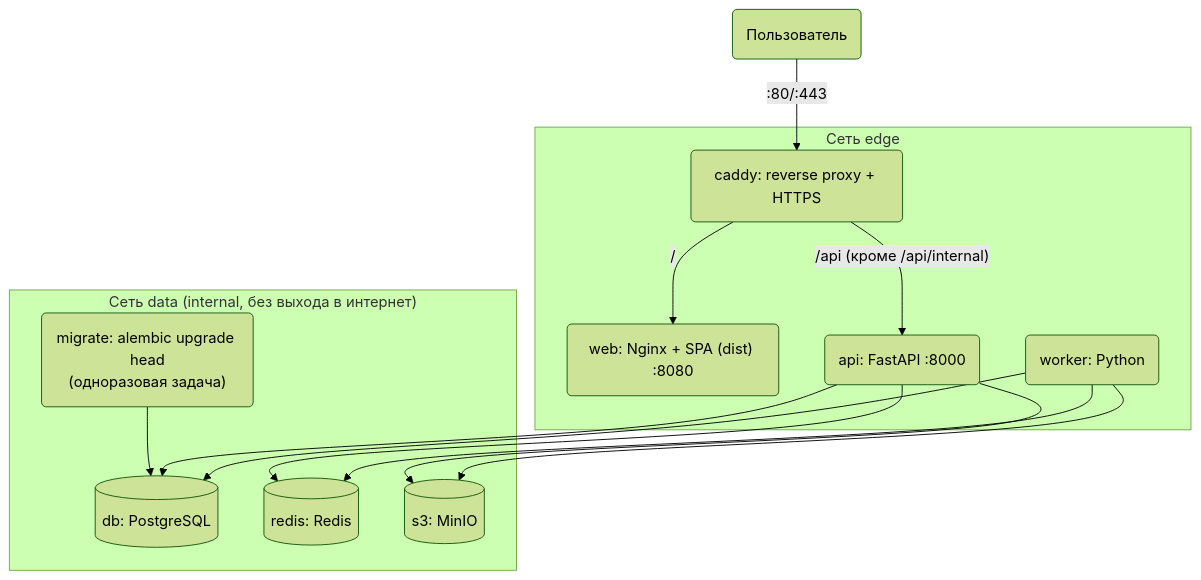
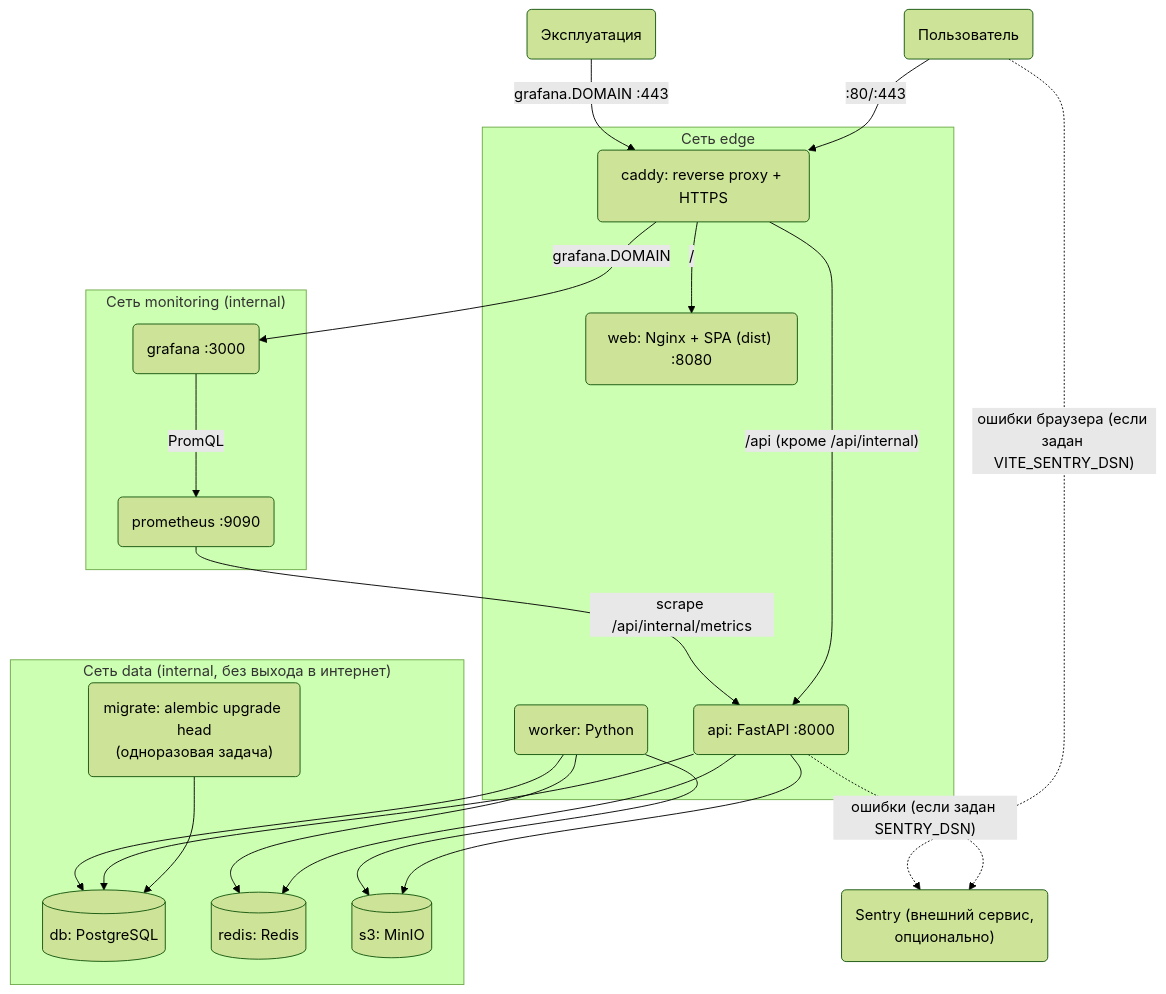
One commit to Daniil-Solo/Saas-Template changed the second of 2 diagrams in docs/deployment.md. Above: the diagram before and after it, drawn with Mermaid (forest theme). The commit also changed other lines of this file and 63 other files, not shown here.

First line of the commit message:
Add observability: structured logs, Prometheus/Grafana metrics, Sentry

````diff
--- a/docs/deployment.md
+++ b/docs/deployment.md
@@ -54,29 +65,42 @@
 ```mermaid
 flowchart TD
     user("Пользователь") -->|":80/:443"| caddy("caddy: reverse proxy + HTTPS")
+    ops("Эксплуатация") -->|"grafana.DOMAIN :443"| caddy
+    sentry("Sentry (внешний сервис,<br>опционально)")
 
     subgraph edge["Сеть edge"]
         caddy
         web("web: Nginx + SPA (dist) :8080")
         api("api: FastAPI :8000")
         worker("worker: Python")
+    end
+
+    subgraph monitoring["Сеть monitoring (internal)"]
+        prometheus("prometheus :9090")
+        grafana("grafana :3000")
     end
 
     subgraph data["Сеть data (internal, без выхода в интернет)"]
         migrate("migrate: alembic upgrade head<br>(одноразовая задача)")
         db[("db: PostgreSQL")]
         redis[("redis: Redis")]
         s3[("s3: MinIO")]
     end
 
     caddy -->|"/"| web
     caddy -->|"/api (кроме /api/internal)"| api
+    caddy -->|"grafana.DOMAIN"| grafana
+
+    prometheus -->|"scrape /api/internal/metrics"| api
+    grafana -->|"PromQL"| prometheus
+    api -.->|"ошибки (если задан SENTRY_DSN)"| sentry
+    user -.->|"ошибки браузера (если задан VITE_SENTRY_DSN)"| sentry
 
     migrate --> db
     api --> db
     api --> redis
     api --> s3
     worker --> db
     worker --> redis
     worker --> s3
 ```
````
